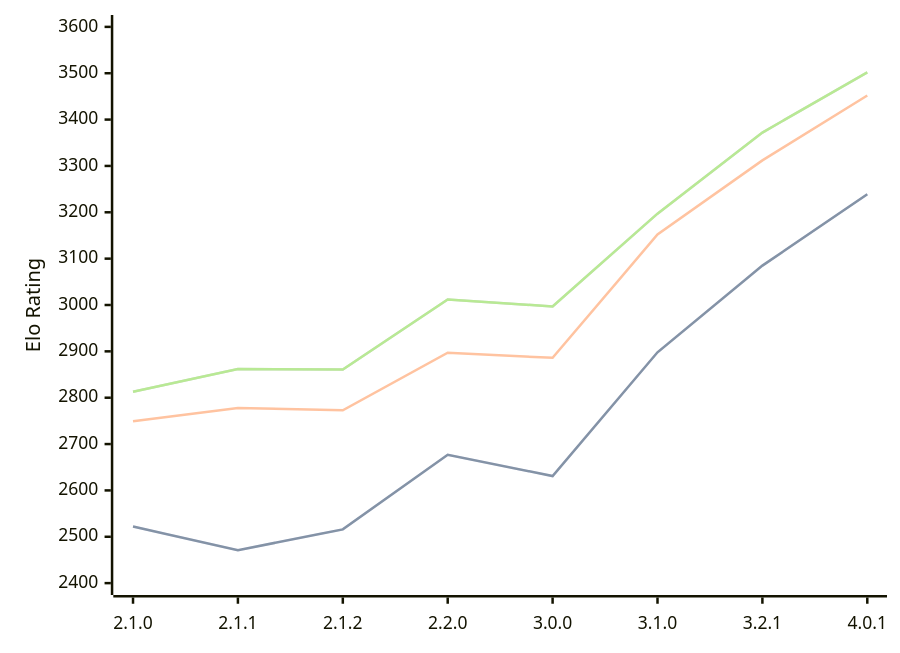
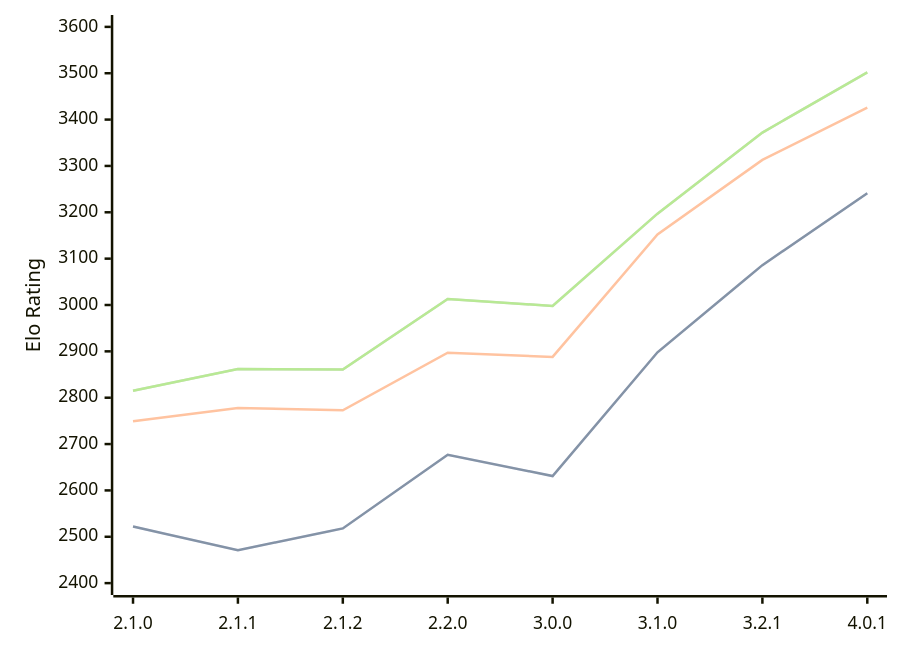
One commit to computer-chess-index/cci changed the third of 3 diagrams in engines/Prune.md. Above: the diagram before and after it, drawn with Mermaid. The commit also changed other lines of this file, not shown here.

Commit message:
Update CCI Ratings (ELO VLTC) - 2026-07-12

````diff
--- a/engines/Prune.md
+++ b/engines/Prune.md
@@ -77,11 +77,11 @@
 ```mermaid
 %%{init: {"theme":"base","themeVariables":{"seriesColors:['#a3a3a3','#222221','#faa371']}}}%%
 xychart-beta
   x-axis ["2.1.0", "2.1.1", "2.1.2", "2.2.0", "3.0.0", "3.1.0", "3.2.1", "4.0.1"]
   y-axis "Elo Rating" 2400 --> 3600
-  line "STC (8.0+0.08s)" [2522, 2471, 2516, 2677, 2631, 2898, 3085, 3239]
-  line "STC (8.0+0.08s)" [2522, 2471, 2516, 2677, 2631, 2898, 3085, 3239]
-  line "LTC (60.0+0.60s)" [2749, 2778, 2773, 2897, 2886, 3152, 3312, 3452]
-  line "VLTC (2m24s+1.12s)" [2813, 2862, 2861, 3012, 2997, 3197, 3372, 3502]
-  line "VLTC (2m24s+1.12s)" [2813, 2862, 2861, 3012, 2997, 3197, 3372, 3502]
+  line "STC (8.0+0.08s)" [2522, 2471, 2518, 2677, 2631, 2898, 3086, 3241]
+  line "STC (8.0+0.08s)" [2522, 2471, 2518, 2677, 2631, 2898, 3086, 3241]
+  line "LTC (60.0+0.60s)" [2749, 2778, 2773, 2897, 2888, 3152, 3313, 3426]
+  line "VLTC (2m24s+1.12s)" [2815, 2862, 2861, 3013, 2998, 3197, 3372, 3502]
+  line "VLTC (2m24s+1.12s)" [2815, 2862, 2861, 3013, 2998, 3197, 3372, 3502]
 ```
````
